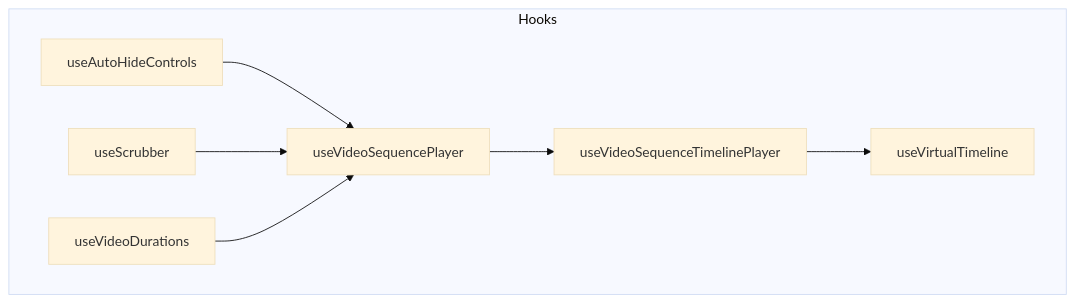
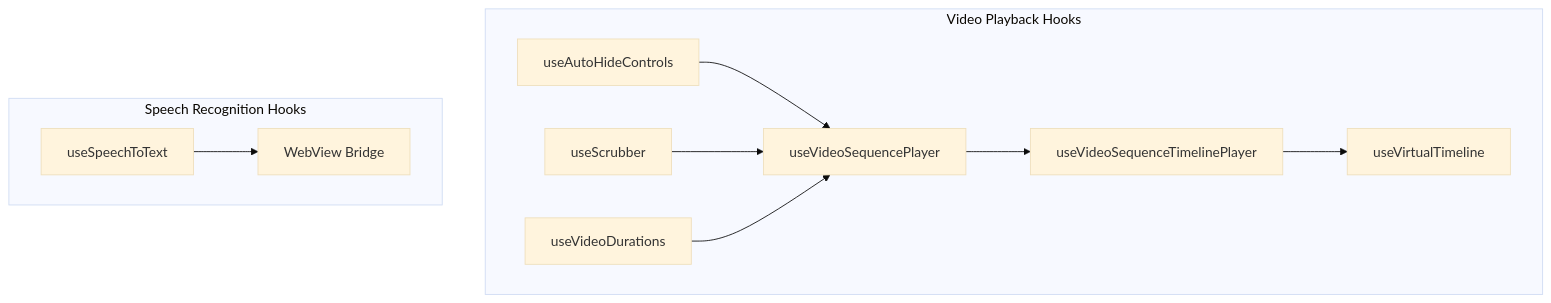
One commit to 156258852/video-rn changed the first of 3 diagrams in .qoder/repowiki/en/content/Custom Hooks Library/Custom Hooks Library.md. Above: the diagram before and after it, drawn with Mermaid (base theme). The commit also changed other lines of this file and 5 other files, not shown here.

First line of the commit message:
feat: Add WebView Speech Bridge documentation and update export date

````diff
--- a/.qoder/repowiki/en/content/Custom Hooks Library/Custom Hooks Library.md
+++ b/.qoder/repowiki/en/content/Custom Hooks Library/Custom Hooks Library.md
@@ -37,16 +47,21 @@
 ```mermaid
 graph TB
-subgraph "Hooks"
+subgraph "Video Playback Hooks"
 A["useAutoHideControls"]
 B["useScrubber"]
 C["useVideoDurations"]
 D["useVideoSequencePlayer"]
 E["useVideoSequenceTimelinePlayer"]
 F["useVirtualTimeline"]
 end
+subgraph "Speech Recognition Hooks"
+G["useSpeechToText"]
+H["WebView Bridge"]
+end
 A --> D
 B --> D
 C --> D
 D --> E
 E --> F
+G --> H
 ```
````
